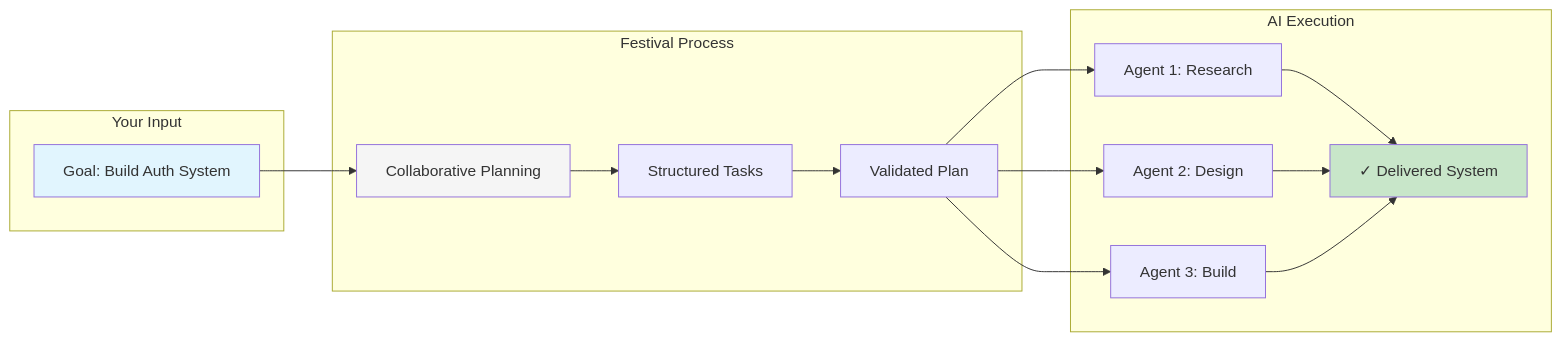
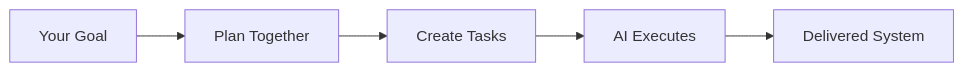
One commit to lancekrogers/festival-methodology changed the diagram in README.md. Above: the diagram before and after it, drawn with Mermaid. The commit also changed other lines of this file and 2 other files, not shown here.

````diff
--- a/README.md
+++ b/README.md
@@ -12,25 +12,7 @@
 ```mermaid
 graph LR
-    subgraph "Your Input"
-        G[Goal: Build Auth System]
-    end
-
-    subgraph "Festival Process"
-        G --> C[Collaborative Planning]
-        C --> S[Structured Tasks]
-        S --> V[Validated Plan]
-    end
-
-    subgraph "AI Execution"
-        V --> E1[Agent 1: Research]
-        V --> E2[Agent 2: Design]
-        V --> E3[Agent 3: Build]
-        E1 --> D[✓ Delivered System]
-        E2 --> D
-        E3 --> D
-    end
-
-    style G fill:#e1f5fe
-    style D fill:#c8e6c9
-    style C fill:#f5f5f5
+    G[Your Goal] --> P[Plan Together]
+    P --> T[Create Tasks]
+    T --> E[AI Executes]
+    E --> D[Delivered System]
 ```
````
